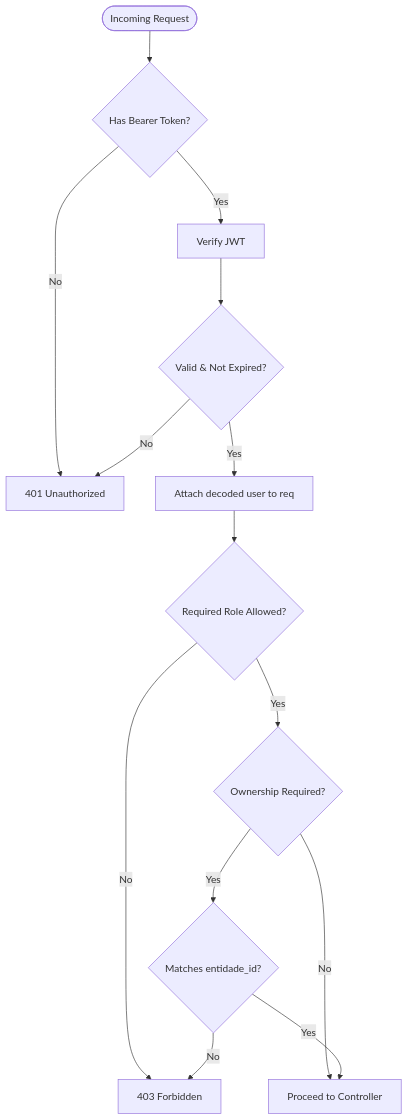
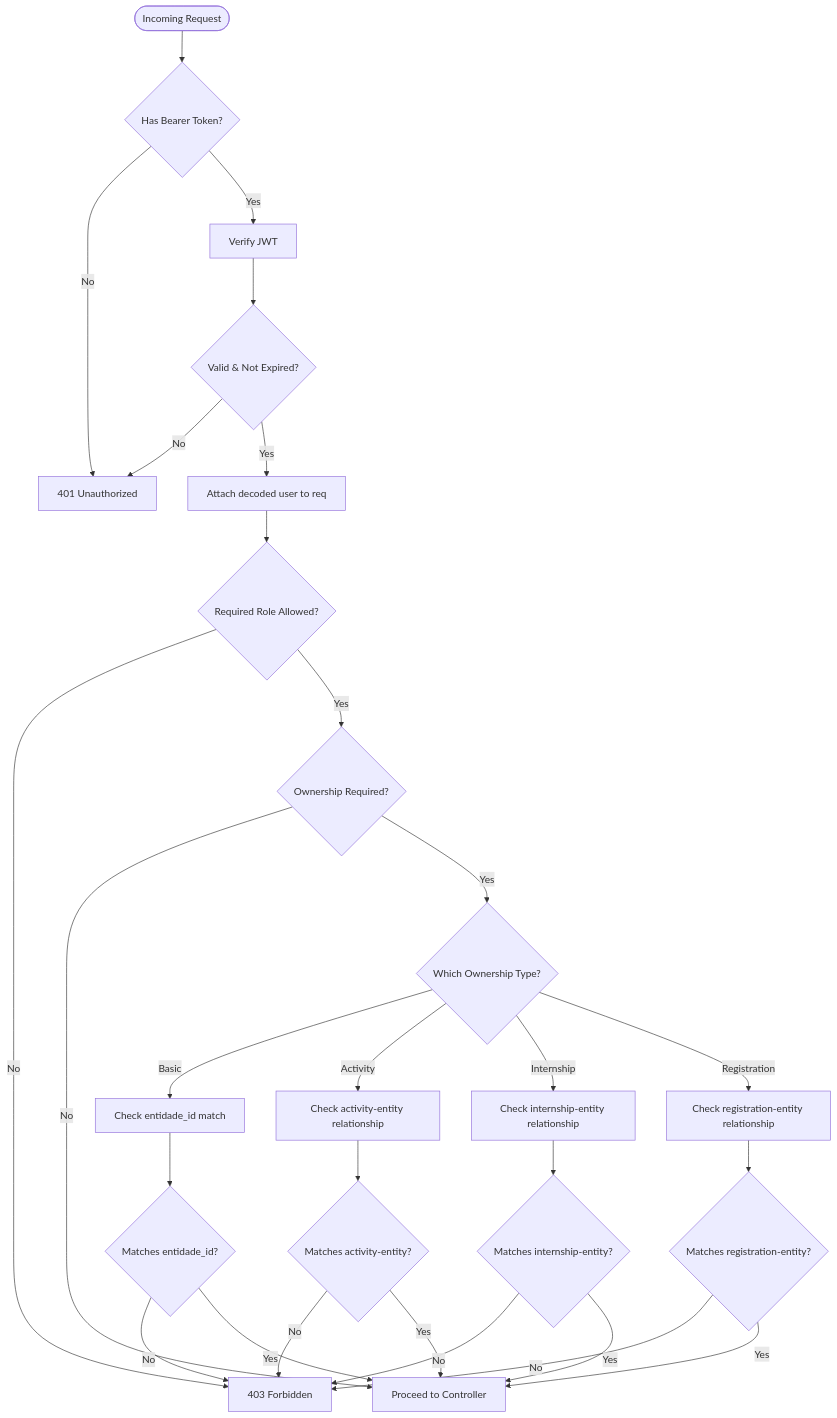
One commit to luiseduacosta/nodemural changed the fourth of 10 diagrams in .qoder/repowiki/en/content/Authentication & Authorization System/Authentication & Authorization System.md. Above: the diagram before and after it, drawn with Mermaid. The commit also changed other lines of this file and 27 other files, not shown here.

````diff
--- a/.qoder/repowiki/en/content/Authentication & Authorization System/Authentication & Authorization System.md
+++ b/.qoder/repowiki/en/content/Authentication & Authorization System/Authentication & Authorization System.md
@@ -175,16 +201,30 @@
 ```mermaid
 flowchart TD
 ReqStart(["Incoming Request"]) --> HasToken{"Has Bearer Token?"}
 HasToken --> |No| Deny401["401 Unauthorized"]
 HasToken --> |Yes| Verify["Verify JWT"]
 Verify --> Verified{"Valid & Not Expired?"}
 Verified --> |No| Deny401
 Verified --> |Yes| AttachUser["Attach decoded user to req"]
 AttachUser --> CheckRole{"Required Role Allowed?"}
 CheckRole --> |No| Deny403["403 Forbidden"]
 CheckRole --> |Yes| CheckOwner{"Ownership Required?"}
 CheckOwner --> |No| Next["Proceed to Controller"]
-CheckOwner --> |Yes| OwnerCheck{"Matches entidade_id?"}
+CheckOwner --> |Yes| OwnerType{"Which Ownership Type?"}
+OwnerType --> |Basic| BasicOwner["Check entidade_id match"]
+OwnerType --> |Activity| ActivityOwner["Check activity-entity relationship"]
+OwnerType --> |Internship| InternshipOwner["Check internship-entity relationship"]
+OwnerType --> |Registration| RegOwner["Check registration-entity relationship"]
+BasicOwner --> OwnerCheck{"Matches entidade_id?"}
+ActivityOwner --> ActivityCheck{"Matches activity-entity?"}
+InternshipOwner --> InternshipCheck{"Matches internship-entity?"}
+RegOwner --> RegCheck{"Matches registration-entity?"}
 OwnerCheck --> |No| Deny403
 OwnerCheck --> |Yes| Next
+ActivityCheck --> |No| Deny403
+ActivityCheck --> |Yes| Next
+InternshipCheck --> |No| Deny403
+InternshipCheck --> |Yes| Next
+RegCheck --> |No| Deny403
+RegCheck --> |Yes| Next
 ```
````
